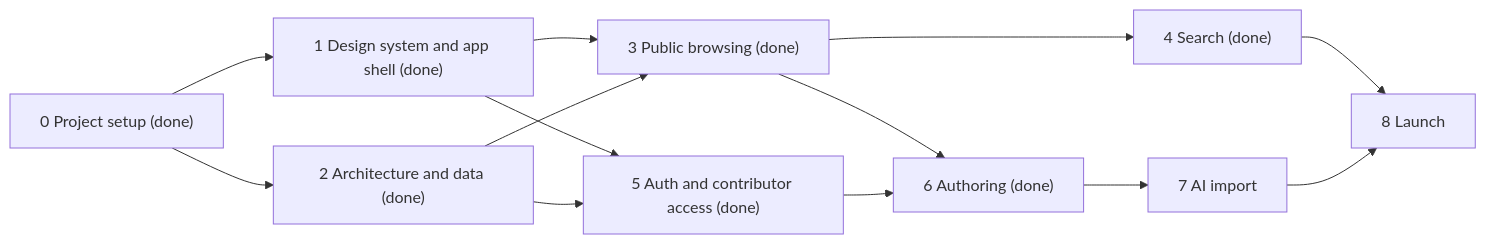
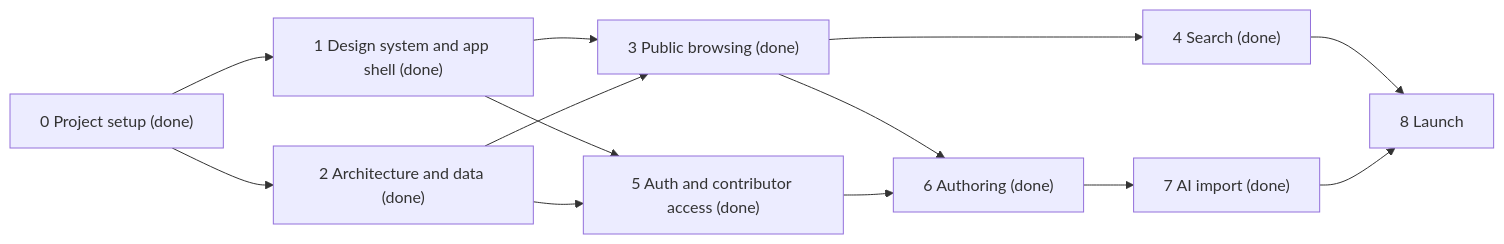
Before and after one commit to jaARke/recipe-hub: the diagram in ROADMAP.md, drawn with Mermaid. The commit also changed other lines of this file, not shown here.

Commit message:
Record the preview recheck and mark Session 7 done

````diff
--- a/ROADMAP.md
+++ b/ROADMAP.md
@@ -800,15 +800,15 @@
 ```mermaid
 flowchart LR
 	S0["0 Project setup (done)"] --> S1["1 Design system and app shell (done)"]
 	S0 --> S2["2 Architecture and data (done)"]
 	S1 --> S3["3 Public browsing (done)"]
 	S2 --> S3
 	S3 --> S4["4 Search (done)"]
 	S1 --> S5["5 Auth and contributor access (done)"]
 	S2 --> S5
 	S3 --> S6["6 Authoring (done)"]
 	S5 --> S6
-	S6 --> S7["7 AI import"]
+	S6 --> S7["7 AI import (done)"]
 	S4 --> S8["8 Launch"]
 	S7 --> S8
 ```
````
